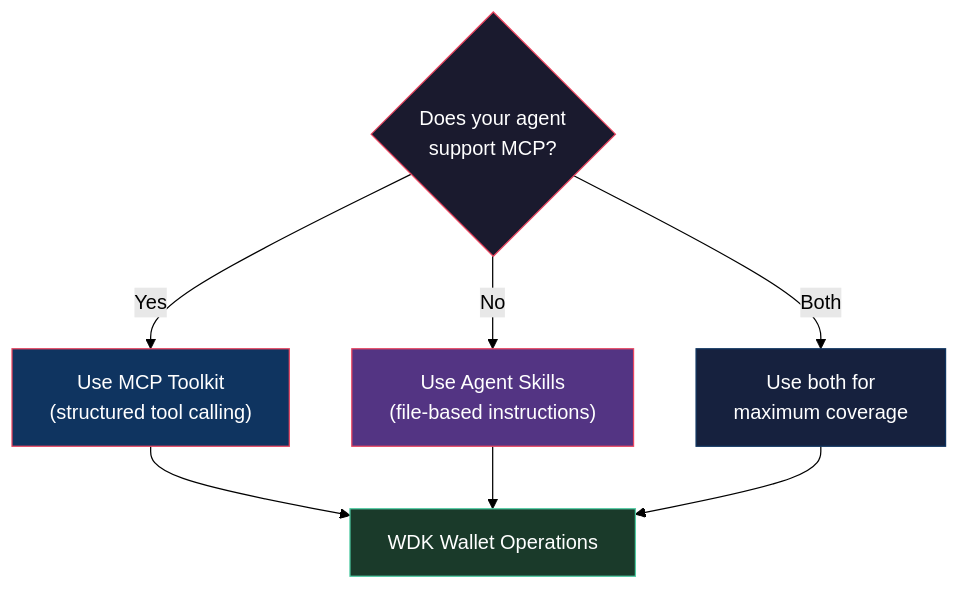
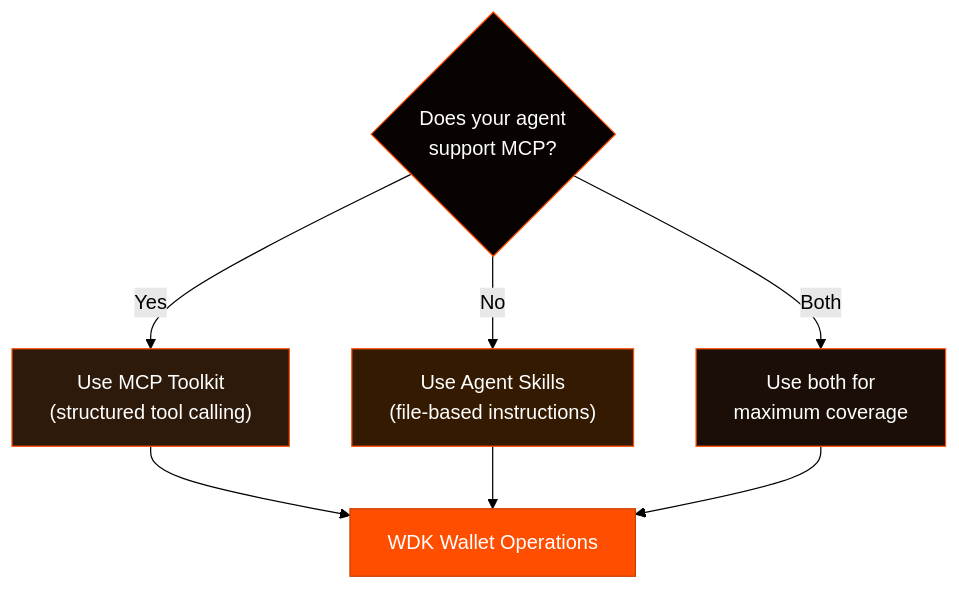
The first of 2 diagrams in ai/agent-skills.md (gatteo/wdk-docs), drawn with Mermaid (forest theme) before and after one commit. The commit also changed other lines of this file and 21 other files, not shown here.

Commit message:
docs: update all mermaid diagrams to WDK branding colors (#FF4E00 orange, #080201 dark)

````diff
--- a/ai/agent-skills.md
+++ b/ai/agent-skills.md
@@ -29,16 +29,16 @@
 ```mermaid
 flowchart TD
     Q{"Does your agent\nsupport MCP?"}
     Q -->|Yes| MCP["Use MCP Toolkit\n(structured tool calling)"]
     Q -->|No| SKILL["Use Agent Skills\n(file-based instructions)"]
     Q -->|Both| BOTH["Use both for\nmaximum coverage"]
     MCP --> WDK["WDK Wallet Operations"]
     SKILL --> WDK
     BOTH --> WDK
 
-    style Q fill:#1a1a2e,stroke:#e94560,color:#fff
-    style MCP fill:#0f3460,stroke:#e94560,color:#fff
-    style SKILL fill:#533483,stroke:#e94560,color:#fff
-    style BOTH fill:#16213e,stroke:#0f3460,color:#fff
-    style WDK fill:#1a3a2a,stroke:#4ecca3,color:#fff
+    style Q fill:#080201,stroke:#FF4E00,color:#fff
+    style MCP fill:#2d1a0a,stroke:#FF4E00,color:#fff
+    style SKILL fill:#331a00,stroke:#FF4E00,color:#fff
+    style BOTH fill:#1a0e06,stroke:#FF4E00,color:#fff
+    style WDK fill:#FF4E00,stroke:#cc3e00,color:#fff
 ```
````
